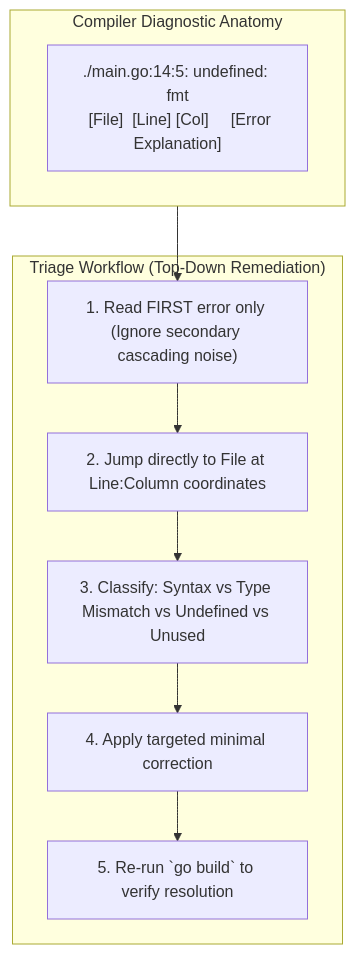
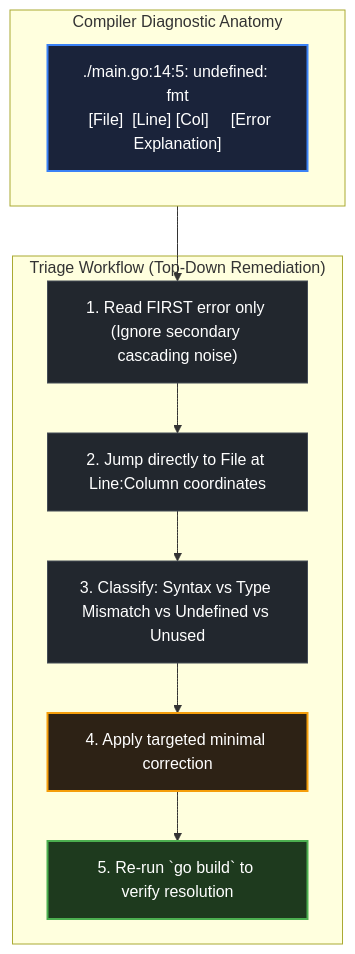
The diagram in curriculum/modules/02-go-setup-tooling/lessons/10-reading-compiler-errors/README.md (swe-labs/the-go-engineer), drawn with Mermaid before and after one commit. The commit also changed other lines of this file and 19 other files, not shown here.

````diff
--- a/curriculum/modules/02-go-setup-tooling/lessons/10-reading-compiler-errors/README.md
+++ b/curriculum/modules/02-go-setup-tooling/lessons/10-reading-compiler-errors/README.md
@@ -17,18 +20,24 @@
 ```mermaid
 flowchart TD
+    classDef frontDoor fill:#1a233a,stroke:#3b82f6,stroke-width:2px,color:#ffffff;
+    classDef exitGate fill:#1e3a1e,stroke:#4caf50,stroke-width:2px,color:#ffffff;
+    classDef standardNode fill:#22272e,stroke:#444c56,stroke-width:1px,color:#ffffff;
+    classDef capstoneNode fill:#2d2215,stroke:#f59e0b,stroke-width:2px,color:#ffffff;
+    classDef container fill:#161b22,stroke:#30363d,stroke-width:1px,color:#8b949e;
+
     subgraph Diagnostic["Compiler Diagnostic Anatomy"]
-        ERR["./main.go:14:5: undefined: fmt\n  [File]  [Line] [Col]     [Error Explanation]"]
+        ERR["./main.go:14:5: undefined: fmt\n  [File]  [Line] [Col]     [Error Explanation]"]:::frontDoor
     end
 
     subgraph Triage["Triage Workflow (Top-Down Remediation)"]
-        TOP["1. Read FIRST error only (Ignore secondary cascading noise)"]
-        NAV["2. Jump directly to File at Line:Column coordinates"]
-        CAT["3. Classify: Syntax vs Type Mismatch vs Undefined vs Unused"]
-        FIX["4. Apply targeted minimal correction"]
-        RETRY["5. Re-run `go build` to verify resolution"]
+        TOP["1. Read FIRST error only (Ignore secondary cascading noise)"]:::standardNode
+        NAV["2. Jump directly to File at Line:Column coordinates"]:::standardNode
+        CAT["3. Classify: Syntax vs Type Mismatch vs Undefined vs Unused"]:::standardNode
+        FIX["4. Apply targeted minimal correction"]:::capstoneNode
+        RETRY["5. Re-run `go build` to verify resolution"]:::exitGate
 
         TOP --> NAV --> CAT --> FIX --> RETRY
     end
 
     Diagnostic --> TOP
 ```
````
